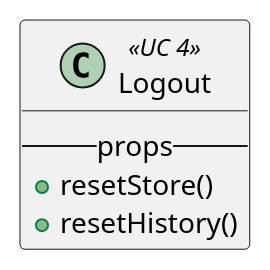
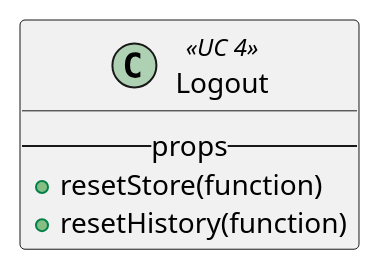
The diagram in react/custom/logout.iuml (M9k/Marvin-Uml), drawn with PlantUML before and after one commit. The commit also changed 14 other files, not shown here.

```diff
--- a/react/custom/logout.iuml
+++ b/react/custom/logout.iuml
@@ -1,5 +1,5 @@
 class Logout <<UC 4>>{
   --props--
-  + resetStore()
-  + resetHistory()
+  + resetStore(function)
+  + resetHistory(function)
 }
```
